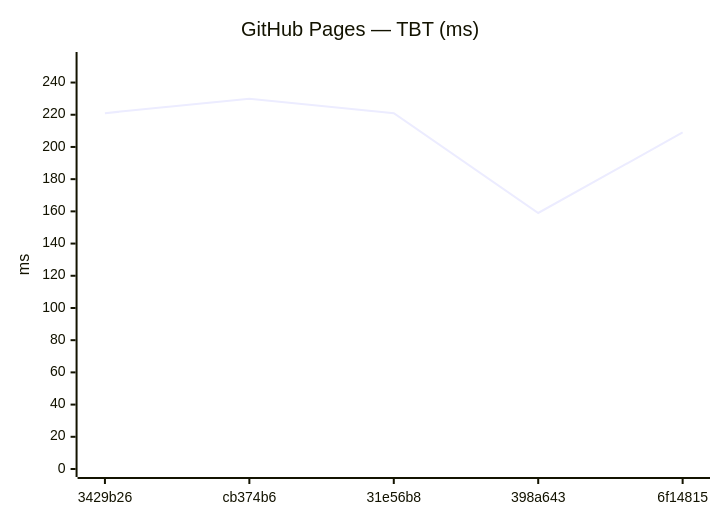
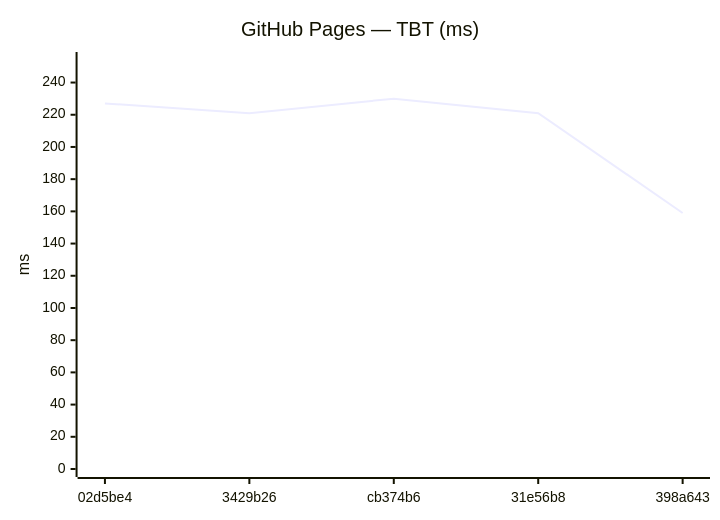
Before and after one commit to Metaheurist/Rianell: the tenth of 18 diagrams in benchmarks/compare.md, drawn with Mermaid. The commit also changed other lines of this file and 11 other files, not shown here.

````diff
--- a/benchmarks/compare.md
+++ b/benchmarks/compare.md
@@ -149,7 +149,7 @@
 ```mermaid
 xychart-beta
     title "GitHub Pages — TBT (ms)"
-    x-axis ["3429b26", "cb374b6", "31e56b8", "398a643", "6f14815"]
+    x-axis ["02d5be4", "3429b26", "cb374b6", "31e56b8", "398a643"]
     y-axis "ms" 0 --> 254
-    line [221, 230, 221, 159, 209]
+    line [227, 221, 230, 221, 159]
 ```
````
